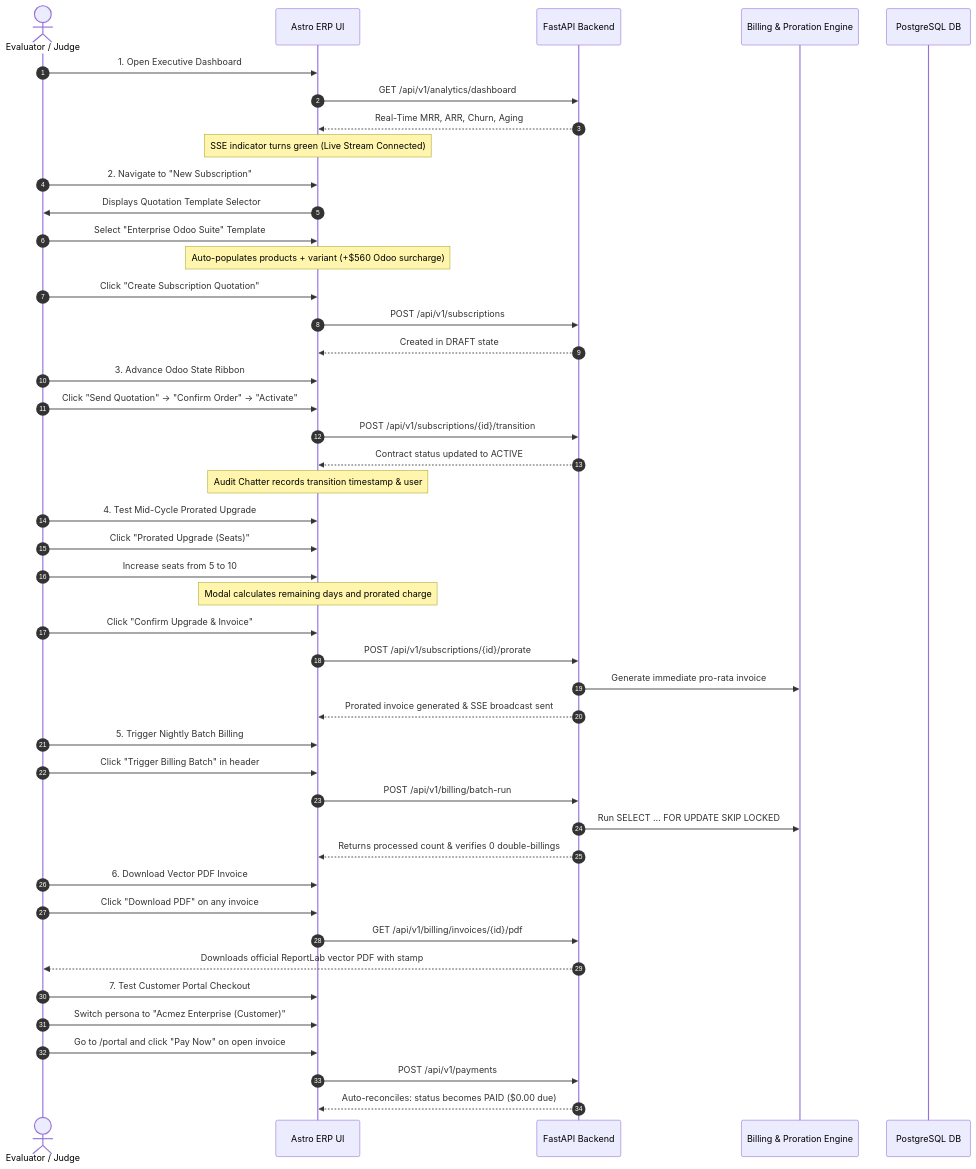
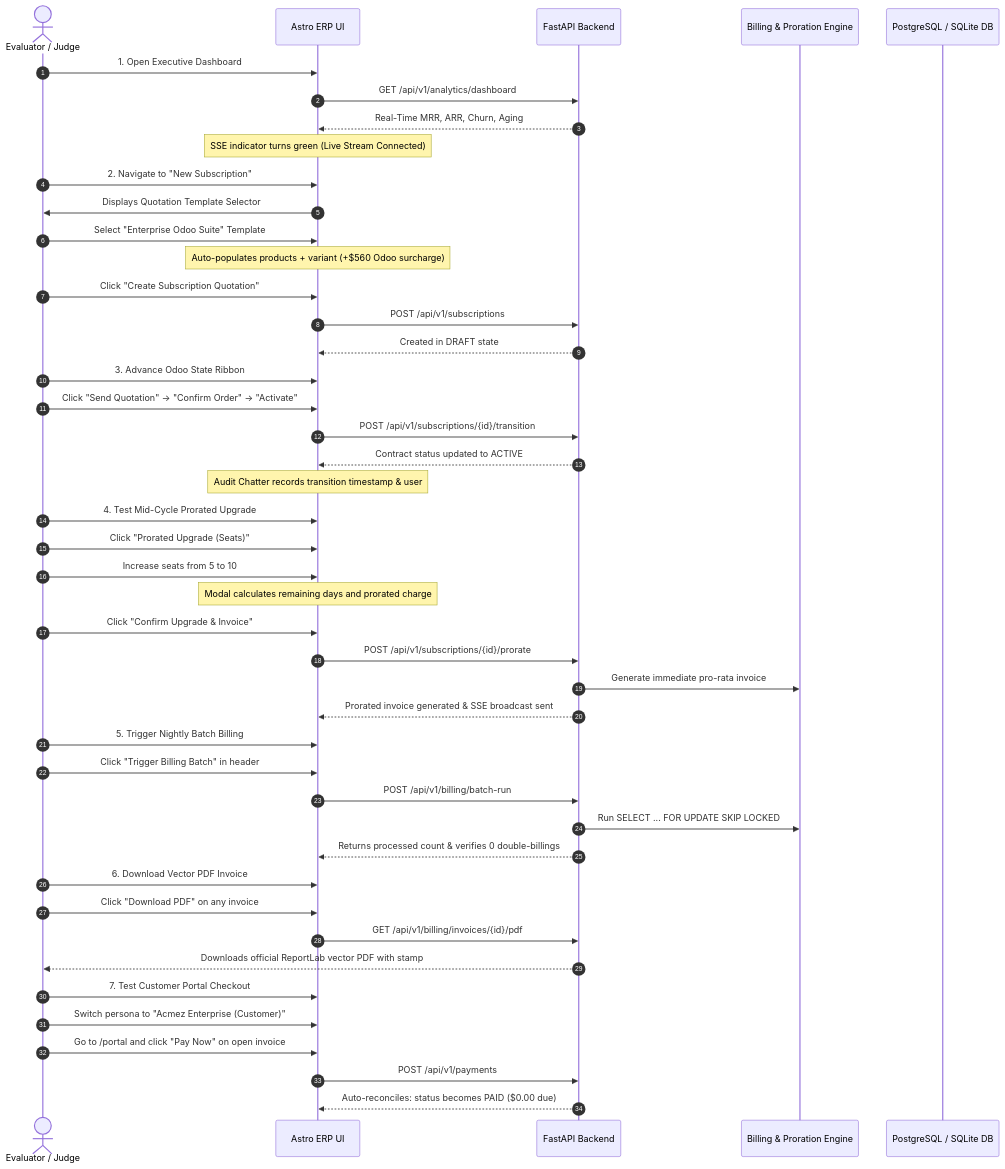
One commit to richard-pius/oddo-hackathon-solution changed the second of 2 diagrams in README.md. Above: the diagram before and after it, drawn with Mermaid. The commit also changed other lines of this file and 1 other file, not shown here.

````diff
--- a/README.md
+++ b/README.md
@@ -244,54 +378,54 @@
 ```mermaid
 sequenceDiagram
     autonumber
     actor Judge as Evaluator / Judge
     participant UI as Astro ERP UI
     participant API as FastAPI Backend
     participant Engine as Billing & Proration Engine
-    participant DB as PostgreSQL DB
+    participant DB as PostgreSQL / SQLite DB
 
     Judge->>UI: 1. Open Executive Dashboard
     UI->>API: GET /api/v1/analytics/dashboard
     API-->>UI: Real-Time MRR, ARR, Churn, Aging
     Note over UI: SSE indicator turns green (Live Stream Connected)
 
     Judge->>UI: 2. Navigate to "New Subscription"
     UI->>Judge: Displays Quotation Template Selector
     Judge->>UI: Select "Enterprise Odoo Suite" Template
     Note over UI: Auto-populates products + variant (+$560 Odoo surcharge)
     Judge->>UI: Click "Create Subscription Quotation"
     UI->>API: POST /api/v1/subscriptions
     API-->>UI: Created in DRAFT state
 
     Judge->>UI: 3. Advance Odoo State Ribbon
     Judge->>UI: Click "Send Quotation" -> "Confirm Order" -> "Activate"
     UI->>API: POST /api/v1/subscriptions/{id}/transition
     API-->>UI: Contract status updated to ACTIVE
     Note over UI: Audit Chatter records transition timestamp & user
 
     Judge->>UI: 4. Test Mid-Cycle Prorated Upgrade
     Judge->>UI: Click "Prorated Upgrade (Seats)"
     Judge->>UI: Increase seats from 5 to 10
     Note over UI: Modal calculates remaining days and prorated charge
     Judge->>UI: Click "Confirm Upgrade & Invoice"
     UI->>API: POST /api/v1/subscriptions/{id}/prorate
     API->>Engine: Generate immediate pro-rata invoice
     API-->>UI: Prorated invoice generated & SSE broadcast sent
 
     Judge->>UI: 5. Trigger Nightly Batch Billing
     Judge->>UI: Click "Trigger Billing Batch" in header
     UI->>API: POST /api/v1/billing/batch-run
     API->>Engine: Run SELECT ... FOR UPDATE SKIP LOCKED
     API-->>UI: Returns processed count & verifies 0 double-billings
 
     Judge->>UI: 6. Download Vector PDF Invoice
     Judge->>UI: Click "Download PDF" on any invoice
     UI->>API: GET /api/v1/billing/invoices/{id}/pdf
     API-->>Judge: Downloads official ReportLab vector PDF with stamp
 
     Judge->>UI: 7. Test Customer Portal Checkout
     Judge->>UI: Switch persona to "Acmez Enterprise (Customer)"
     Judge->>UI: Go to /portal and click "Pay Now" on open invoice
     UI->>API: POST /api/v1/payments
     API-->>UI: Auto-reconciles: status becomes PAID ($0.00 due)
 ```
````
